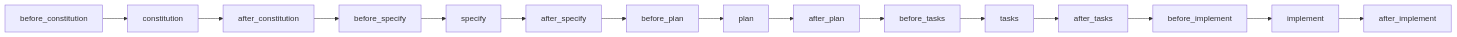
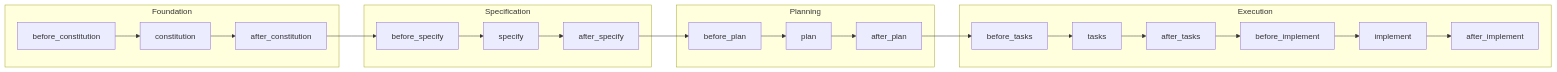
Before and after one commit to wagner-sousa/spec-kit-docker: the second of 12 diagrams in README.md, drawn with Mermaid. The commit also changed other lines of this file, not shown here.

````diff
--- a/README.md
+++ b/README.md
@@ -69,17 +108,20 @@
 ```mermaid
 graph LR
-    A[before_constitution] --> B[constitution]
-    B --> C[after_constitution]
-    C --> D[before_specify]
-    D --> E[specify]
-    E --> F[after_specify]
-    F --> G[before_plan]
-    G --> H[plan]
-    H --> I[after_plan]
-    I --> J[before_tasks]
-    J --> K[tasks]
-    K --> L[after_tasks]
-    L --> M[before_implement]
-    M --> N[implement]
-    N --> O[after_implement]
+    subgraph "Foundation"
+        A[before_constitution] --> B[constitution] --> C[after_constitution]
+    end
+    subgraph "Specification"
+        D[before_specify] --> E[specify] --> F[after_specify]
+    end
+    subgraph "Planning"
+        G[before_plan] --> H[plan] --> I[after_plan]
+    end
+    subgraph "Execution"
+        J[before_tasks] --> K[tasks] --> L[after_tasks]
+        M[before_implement] --> N[implement] --> O[after_implement]
+    end
+    C --> D
+    F --> G
+    I --> J
+    L --> M
 ```
````
